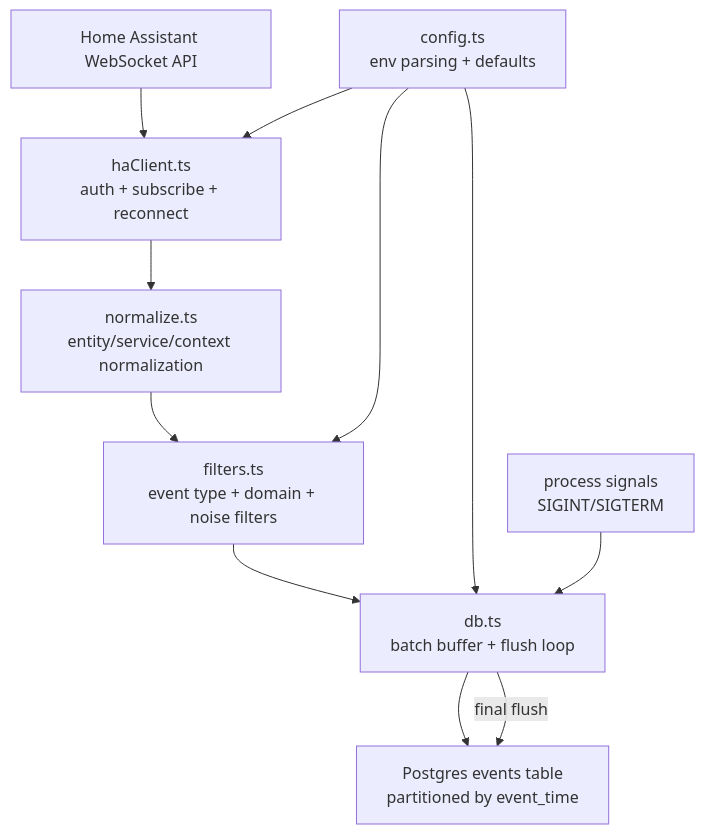
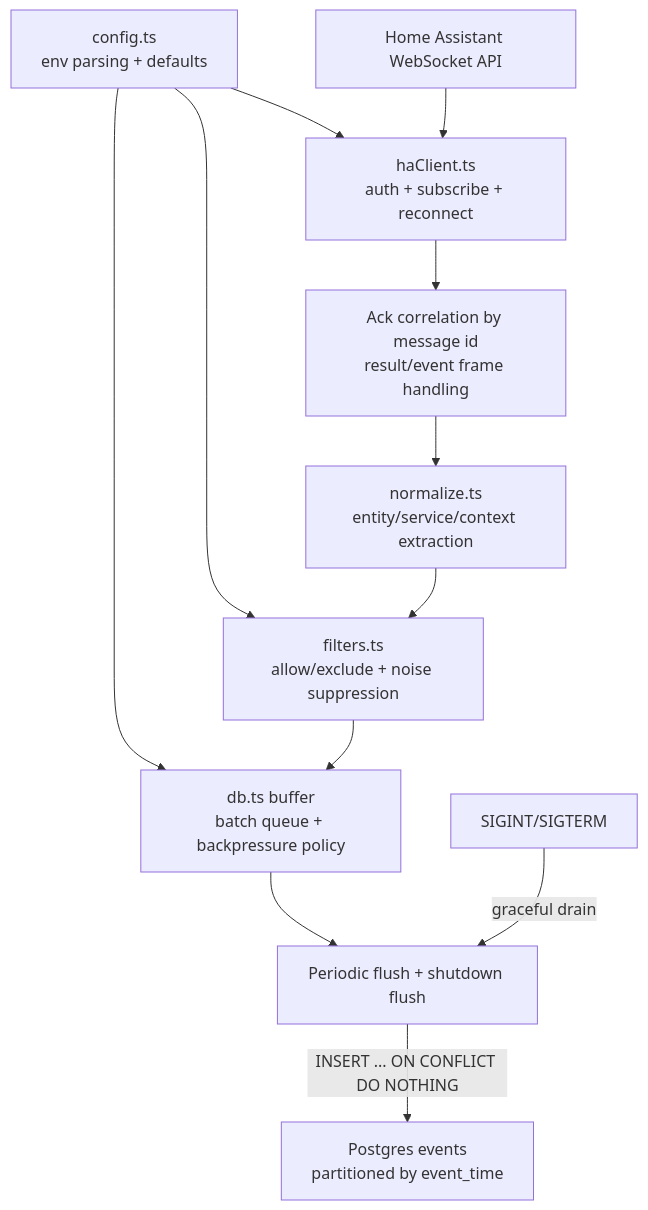
One commit to bob-laz/ha_ai_analyzer changed the diagram in collector/README.md. Above: the diagram before and after it, drawn with Mermaid. The commit also changed 33 other files, not shown here.

````diff
--- a/collector/README.md
+++ b/collector/README.md
@@ -7,15 +7,25 @@
 ```mermaid
 flowchart TD
-  HA["Home Assistant WebSocket API"] --> HC["haClient.ts<br/>auth + subscribe + reconnect"]
-  HC --> N["normalize.ts<br/>entity/service/context normalization"]
-  N --> F["filters.ts<br/>event type + domain + noise filters"]
-  F --> D["db.ts<br/>batch buffer + flush loop"]
-  D --> PG["Postgres events table<br/>partitioned by event_time"]
+  HA["Home Assistant WebSocket API"]
+  CFG["config.ts<br/>env parsing + defaults"]
+  HC["haClient.ts<br/>auth + subscribe + reconnect"]
+  ACK["Ack correlation by message id<br/>result/event frame handling"]
+  N["normalize.ts<br/>entity/service/context extraction"]
+  F["filters.ts<br/>allow/exclude + noise suppression"]
+  B["db.ts buffer<br/>batch queue + backpressure policy"]
+  FLUSH["Periodic flush + shutdown flush"]
+  PG["Postgres events<br/>partitioned by event_time"]
 
-  CFG["config.ts<br/>env parsing + defaults"] --> HC
+  CFG --> HC
   CFG --> F
-  CFG --> D
+  CFG --> B
+  HA --> HC
+  HC --> ACK
+  ACK --> N
+  N --> F
+  F --> B
+  B --> FLUSH
+  FLUSH -->|"INSERT ... ON CONFLICT DO NOTHING"| PG
 
-  SIG["process signals<br/>SIGINT/SIGTERM"] --> D
-  D -->|"final flush"| PG
+  SIG["SIGINT/SIGTERM"] -->|"graceful drain"| FLUSH
 ```
````
